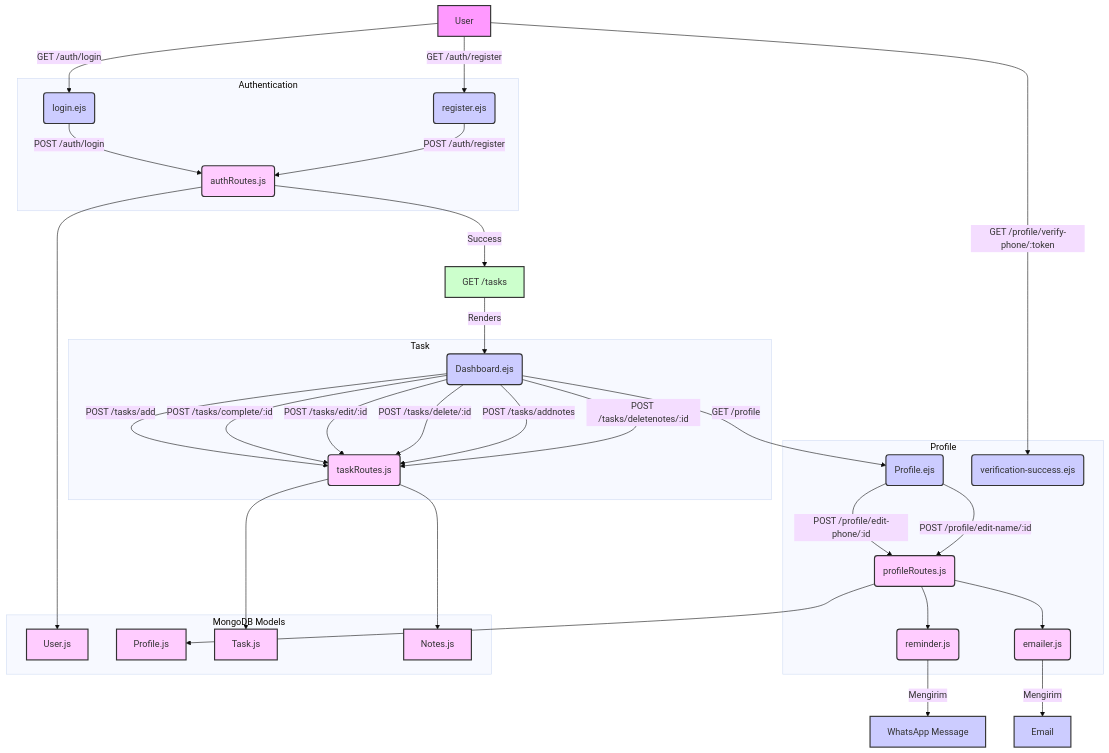
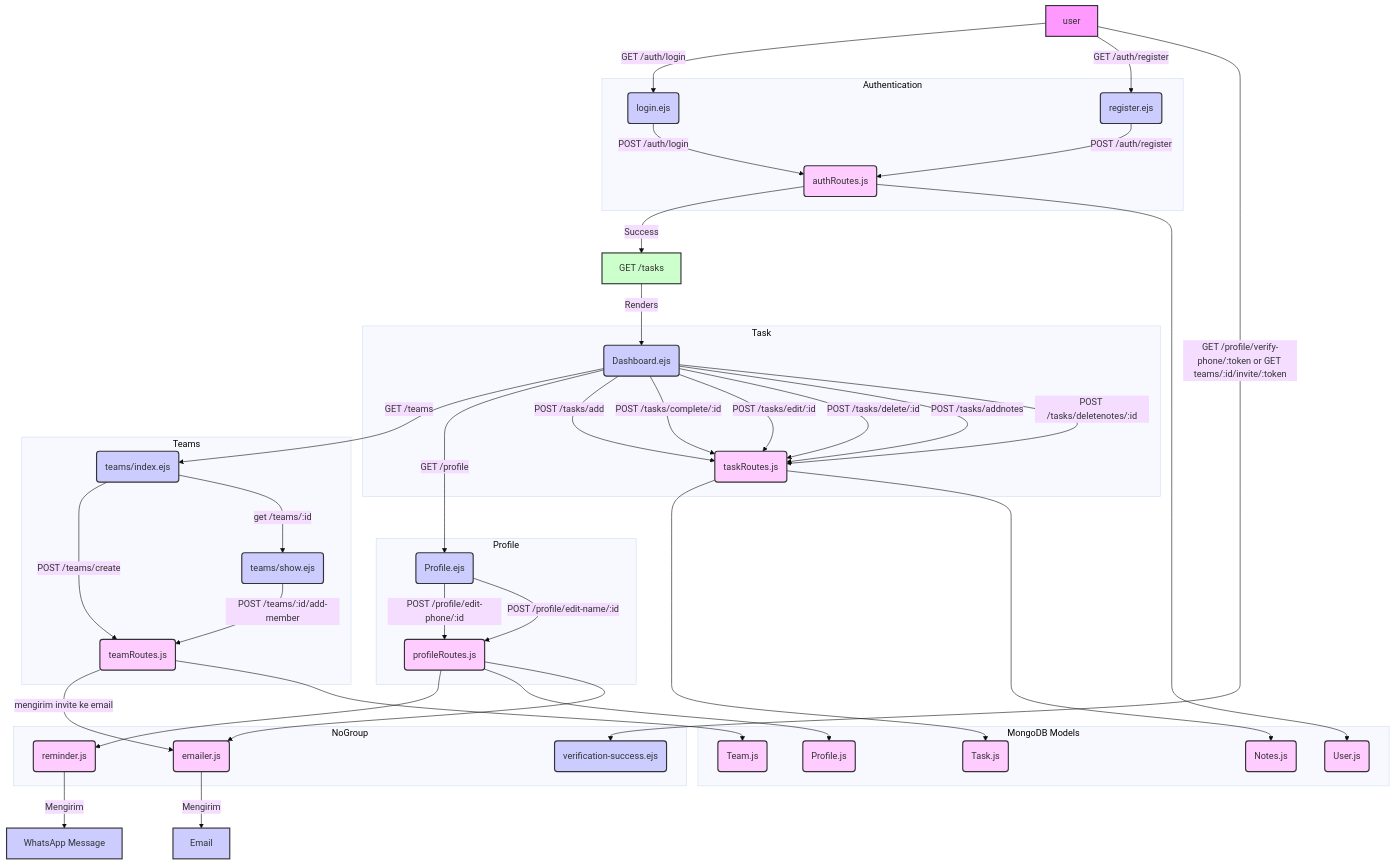
Before and after one commit to Staryuu1/Task-Tracker: the diagram in flowchart.mmd, drawn with Mermaid (base theme). The commit also changed 5 other files, not shown here.

Commit message:
`updated flowchart.mmd, teamRoutes.js, views/login.ejs, views/register.ejs, views/teams/create.ejs, views/teams/show.ejs`

```diff
--- a/flowchart.mmd
+++ b/flowchart.mmd
@@ -1,66 +1,84 @@
 ---
 config:
   layout: fixed
 ---
 flowchart TD
  subgraph Authentication["Authentication"]
-        B("login.ejs")
-        C("register.ejs")
-        D("authRoutes.js")
+        loginPage("login.ejs")
+        registerPage("register.ejs")
+        authRoutes("authRoutes.js")
   end
  subgraph Profile["Profile"]
-        G("Profile.ejs")
-        H("profileRoutes.js")
-        I("verification-success.ejs")
-        K("reminder.js")
-        Z("emailer.js")
+        profilePage("Profile.ejs")
+        profileRoutes("profileRoutes.js")
   end
  subgraph Task["Task"]
-        F("Dashboard.ejs")
-        J("taskRoutes.js")
+        dashboardPage("Dashboard.ejs")
+        taskRoutes("taskRoutes.js")
+  end
+ subgraph Teams["Teams"]
+        teamsIndexPage("teams/index.ejs")
+        teamsShowPage("teams/show.ejs")
+        teamRoutes("teamRoutes.js")
   end
  subgraph Database["MongoDB Models"]
-        UM["User.js"]
-        PM["Profile.js"]
-        TM["Task.js"]
-        NM["Notes.js"]
+        userModel("User.js")
+        profileModel("Profile.js")
+        taskModel("Task.js")
+        teamModel("Team.js")
+        notesModel("Notes.js")
   end
-    A["User"] -- GET /auth/login --> B
-    A -- GET /auth/register --> C
-    B -- POST /auth/login --> D
-    C -- POST /auth/register --> D
-    D -- Success --> E["GET /tasks"]
-    E -- Renders --> F
-    F -- GET /profile --> G
-    G -- "POST /profile/edit-phone/:id" --> H
-    G -- "POST /profile/edit-name/:id" --> H
-    A -- "GET /profile/verify-phone/:token" --> I
-    H --> K & PM & Z
-    K -- Mengirim --> L["WhatsApp Message"]
-    Z -- Mengirim --> x["Email"]
-    F -- POST /tasks/add --> J
-    F -- POST /tasks/complete/:id --> J
-    F -- POST /tasks/edit/:id --> J
-    F -- POST /tasks/delete/:id --> J
-    F -- POST /tasks/addnotes --> J
-    F -- POST /tasks/deletenotes/:id --> J
-    D --> UM
-    J --> TM & NM
-    style B fill:#ccf,stroke:#333,stroke-width:2px
-    style C fill:#ccf,stroke:#333,stroke-width:2px
-    style D fill:#fcf,stroke:#333,stroke-width:2px
-    style G fill:#ccf,stroke:#333,stroke-width:2px
-    style H fill:#fcf,stroke:#333,stroke-width:2px
-    style I fill:#ccf,stroke:#333,stroke-width:2px
-    style K fill:#fcf,stroke:#333,stroke-width:2px
-    style Z fill:#fcf,stroke:#333,stroke-width:2px
-    style F fill:#ccf,stroke:#333,stroke-width:2px
-    style J fill:#fcf,stroke:#333,stroke-width:2px
-    style UM fill:#fcf,stroke:#333,stroke-width:2px
-    style PM fill:#fcf,stroke:#333,stroke-width:2px
-    style TM fill:#fcf,stroke:#333,stroke-width:2px
-    style NM fill:#fcf,stroke:#333,stroke-width:2px
-    style A fill:#f9f,stroke:#333,stroke-width:2px
-    style E fill:#cfc,stroke:#333,stroke-width:2px
-    style L fill:#ccf,stroke:#333,stroke-width:2px
-    style x fill:#ccf,stroke:#333,stroke-width:2px
+ subgraph noGroup["NoGroup"]
+        verificationSuccessPage("verification-success.ejs")
+        reminderService("reminder.js")
+        emailService("emailer.js")
+  end
+    dashboardPage -- GET /teams --> teamsIndexPage
+    userEntity["user"] -- GET /auth/login --> loginPage
+    userEntity -- GET /auth/register --> registerPage
+    loginPage -- POST /auth/login --> authRoutes
+    registerPage -- POST /auth/register --> authRoutes
+    authRoutes -- Success --> redirectTasks["GET /tasks"]
+    redirectTasks -- Renders --> dashboardPage
+    dashboardPage -- GET /profile --> profilePage
+    profilePage -- "POST /profile/edit-phone/:id" --> profileRoutes
+    profilePage -- "POST /profile/edit-name/:id" --> profileRoutes
+    userEntity -- "GET /profile/verify-phone/:token or GET teams/:id/invite/:token" --> verificationSuccessPage
+    profileRoutes --> reminderService & profileModel & emailService
+    reminderService -- Mengirim --> whatsAppMessage["WhatsApp Message"]
+    emailService -- Mengirim --> emailMessage["Email"]
+    dashboardPage -- POST /tasks/add --> taskRoutes
+    dashboardPage -- POST /tasks/complete/:id --> taskRoutes
+    dashboardPage -- POST /tasks/edit/:id --> taskRoutes
+    dashboardPage -- POST /tasks/delete/:id --> taskRoutes
+    dashboardPage -- POST /tasks/addnotes --> taskRoutes
+    dashboardPage -- POST /tasks/deletenotes/:id --> taskRoutes
+    authRoutes --> userModel
+    taskRoutes --> taskModel & notesModel
+    teamsIndexPage -- POST /teams/create --> teamRoutes
+    teamsIndexPage -- get /teams/:id --> teamsShowPage
+    teamsShowPage -- "POST /teams/:id/add-member" --> teamRoutes
+    teamRoutes -- mengirim invite ke email --> emailService
+    teamRoutes --> teamModel
+    style loginPage fill:#ccf,stroke:#333,stroke-width:2px
+    style registerPage fill:#ccf,stroke:#333,stroke-width:2px
+    style authRoutes fill:#fcf,stroke:#333,stroke-width:2px
+    style profilePage fill:#ccf,stroke:#333,stroke-width:2px
+    style profileRoutes fill:#fcf,stroke:#333,stroke-width:2px
+    style dashboardPage fill:#ccf,stroke:#333,stroke-width:2px
+    style taskRoutes fill:#fcf,stroke:#333,stroke-width:2px
+    style teamsIndexPage fill:#ccf,stroke:#333,stroke-width:2px
+    style teamsShowPage fill:#ccf,stroke:#333,stroke-width:2px
+    style teamRoutes fill:#fcf,stroke:#333,stroke-width:2px
+    style userModel fill:#fcf,stroke:#333,stroke-width:2px
+    style profileModel fill:#fcf,stroke:#333,stroke-width:2px
+    style taskModel fill:#fcf,stroke:#333,stroke-width:2px
+    style teamModel fill:#fcf,stroke:#333,stroke-width:2px
+    style notesModel fill:#fcf,stroke:#333,stroke-width:2px
+    style verificationSuccessPage fill:#ccf,stroke:#333,stroke-width:2px
+    style reminderService fill:#fcf,stroke:#333,stroke-width:2px
+    style emailService fill:#fcf,stroke:#333,stroke-width:2px
+    style userEntity fill:#f9f,stroke:#333,stroke-width:2px
+    style redirectTasks fill:#cfc,stroke:#333,stroke-width:2px
+    style whatsAppMessage fill:#ccf,stroke:#333,stroke-width:2px
+    style emailMessage fill:#ccf,stroke:#333,stroke-width:2px
```
